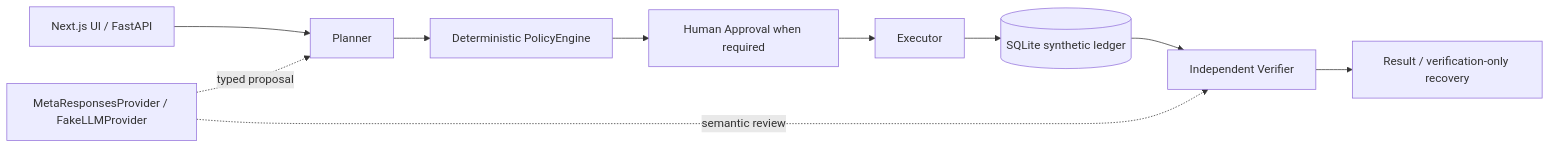
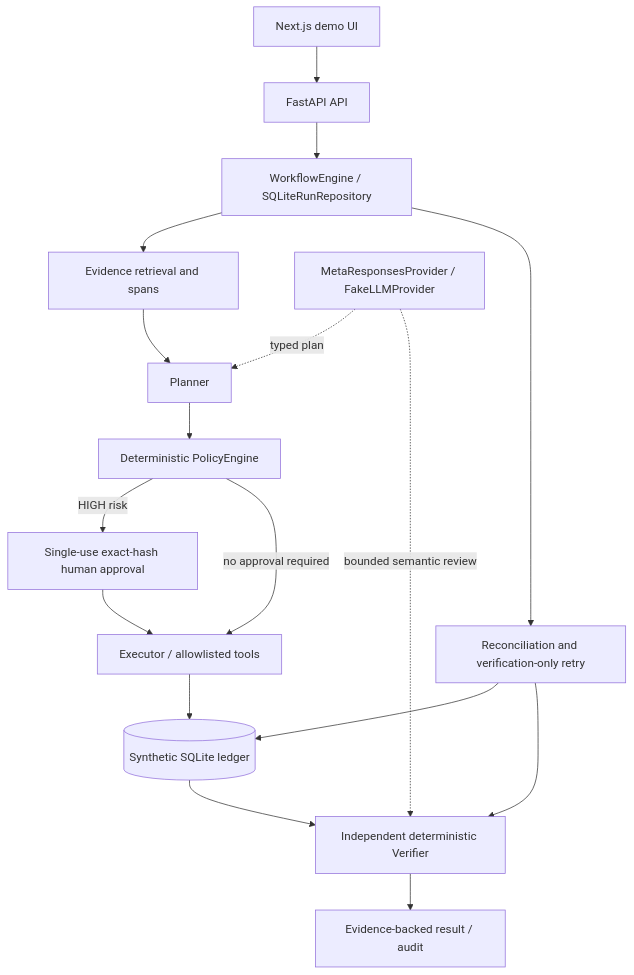
The diagram in README.md (IvanRomanteev/TrustFlow), drawn with Mermaid before and after one commit. The commit also changed other lines of this file, not shown here.

Commit message:
docs: refresh TrustFlow README for M5.5 and Meta usage

````diff
--- a/README.md
+++ b/README.md
@@ -57,12 +78,19 @@
 ```mermaid
-flowchart LR
-    UI[Next.js UI / FastAPI] --> P[Planner]
-    P --> POL[Deterministic PolicyEngine]
-    POL --> A[Human Approval when required]
-    A --> E[Executor]
-    E --> L[(SQLite synthetic ledger)]
-    L --> V[Independent Verifier]
-    V --> R[Result / verification-only recovery]
-    M[MetaResponsesProvider / FakeLLMProvider] -. typed proposal .-> P
-    M -. semantic review .-> V
+flowchart TD
+    U[Next.js demo UI] --> API[FastAPI API]
+    API --> ENG[WorkflowEngine / SQLiteRunRepository]
+    ENG --> RET[Evidence retrieval and spans]
+    RET --> PL[Planner]
+    META[MetaResponsesProvider / FakeLLMProvider] -. typed plan .-> PL
+    PL --> POL[Deterministic PolicyEngine]
+    POL -->|HIGH risk| APP[Single-use exact-hash human approval]
+    POL -->|no approval required| EX[Executor / allowlisted tools]
+    APP --> EX
+    EX --> LED[(Synthetic SQLite ledger)]
+    LED --> VER[Independent deterministic Verifier]
+    META -. bounded semantic review .-> VER
+    VER --> OUT[Evidence-backed result / audit]
+    ENG --> REC[Reconciliation and verification-only retry]
+    REC --> LED
+    REC --> VER
 ```
````
